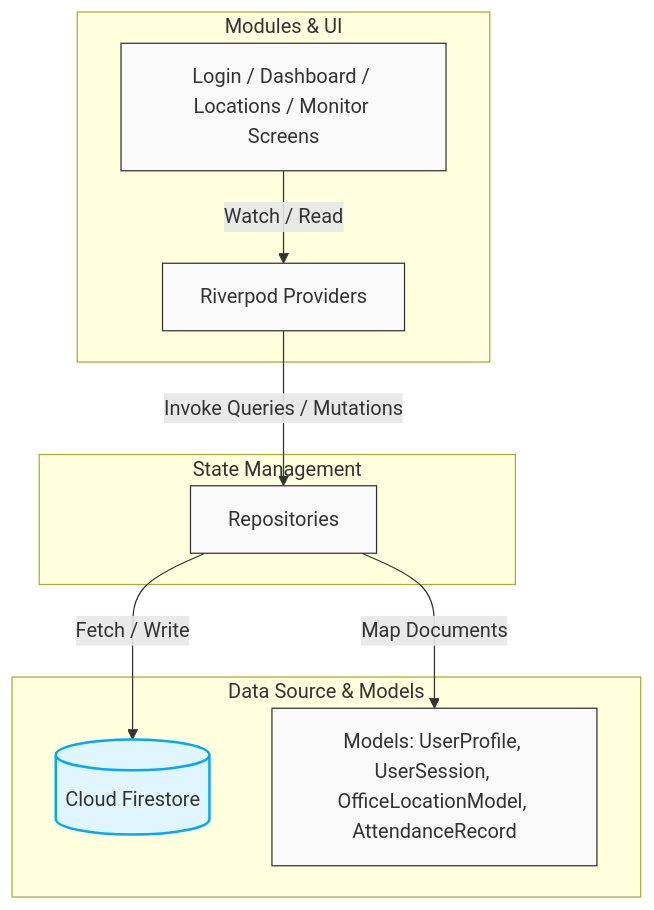
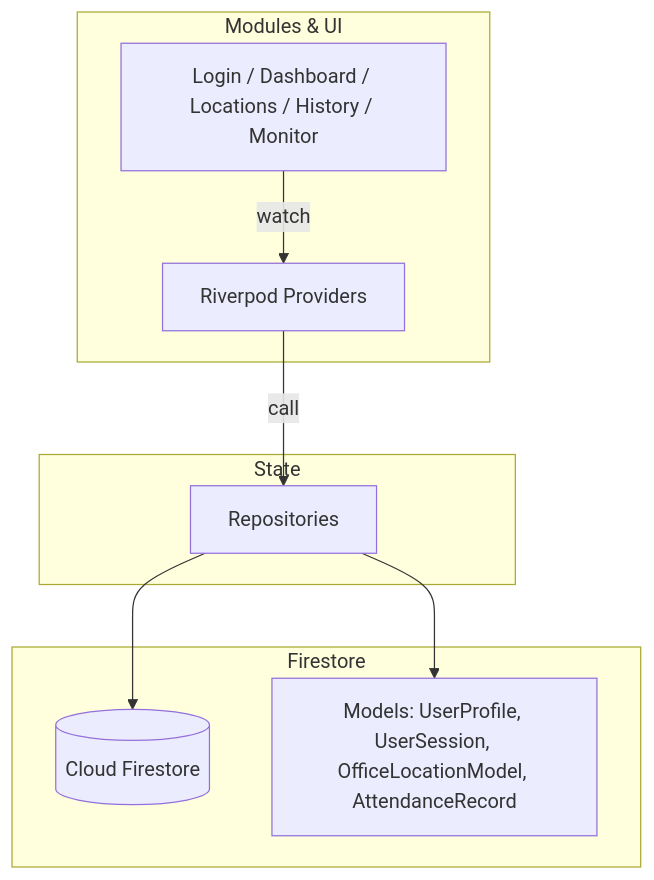
Before and after one commit to satishvishwakarma24/attendance_tracker: the diagram in README.md, drawn with Mermaid. The commit also changed other lines of this file and 19 other files, not shown here.

````diff
--- a/README.md
+++ b/README.md
@@ -29,19 +59,15 @@
 ```mermaid
 graph TD
-    subgraph UI Layer [Modules & UI]
-        V[Login / Dashboard / Locations / Monitor Screens] -->|Watch / Read| P[Riverpod Providers]
+    subgraph UI [Modules & UI]
+        V[Login / Dashboard / Locations / History / Monitor] -->|watch| P[Riverpod Providers]
     end
 
-    subgraph Business Logic Layer [State Management]
-        P -->|Invoke Queries / Mutations| R[Repositories]
+    subgraph Logic [State]
+        P -->|call| R[Repositories]
     end
 
-    subgraph Data Layer [Data Source & Models]
-        R -->|Fetch / Write| FS[(Cloud Firestore)]
-        R -->|Map Documents| M[Models: UserProfile, UserSession, OfficeLocationModel, AttendanceRecord]
+    subgraph Data [Firestore]
+        R --> FS[(Cloud Firestore)]
+        R --> M[Models: UserProfile, UserSession, OfficeLocationModel, AttendanceRecord]
     end
-
-    classDef default fill:#f9f9f9,stroke:#333,stroke-width:1px;
-    classDef highlight fill:#e1f5fe,stroke:#03a9f4,stroke-width:2px;
-    class FS highlight;
 ```
````
